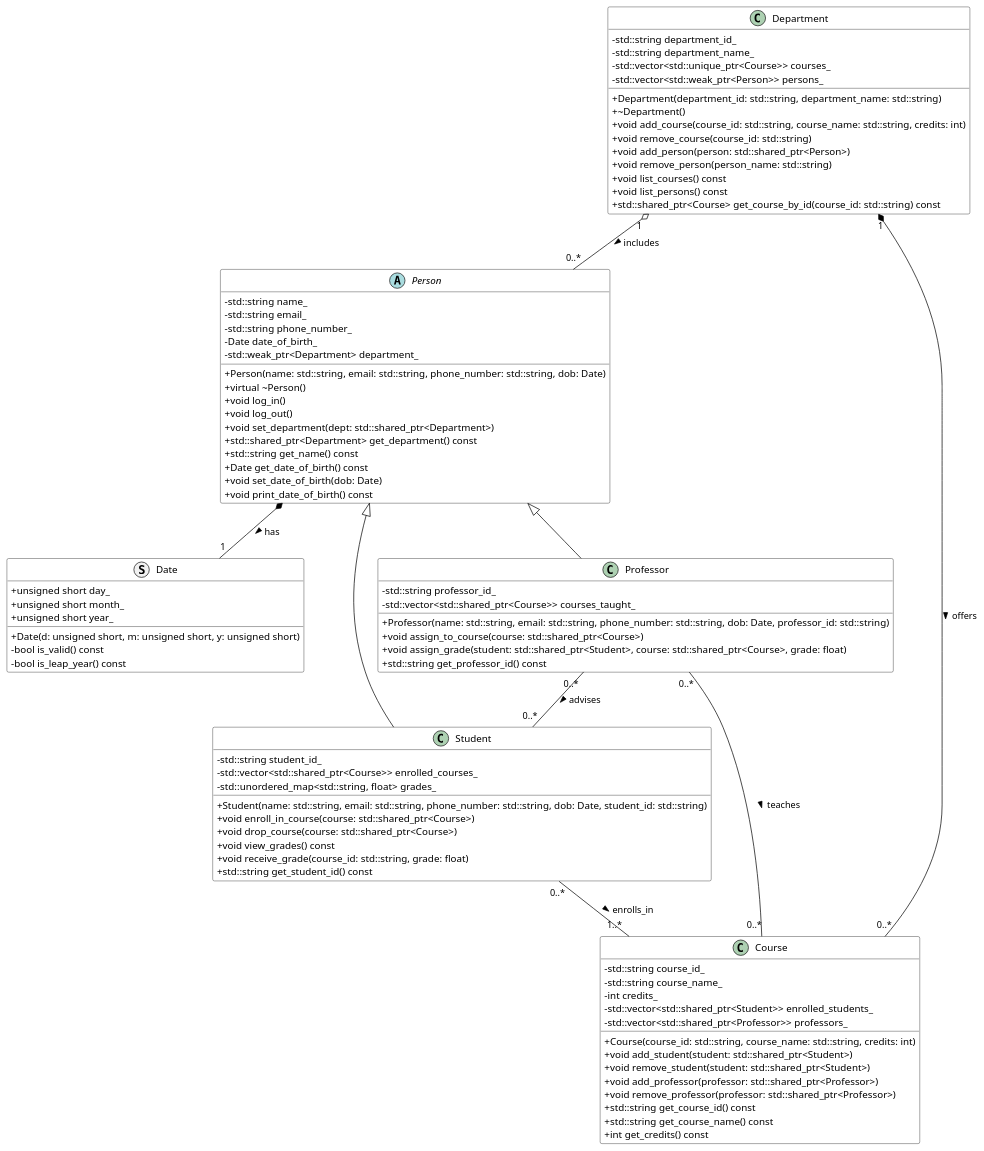
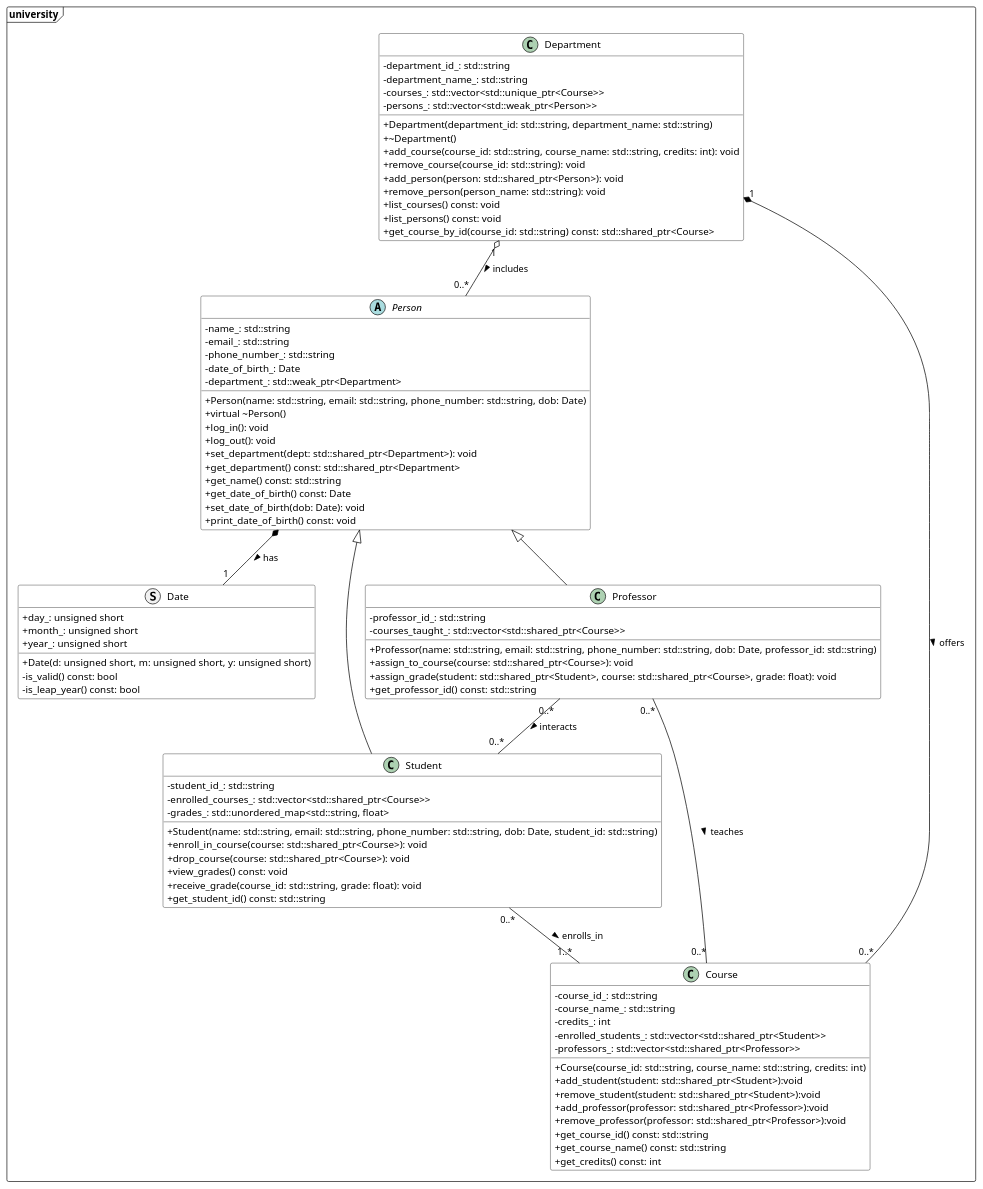
The diagram in lecture7/diagrams/university_class_diagram.wsd (rahulk-99/enpm702_fall2024), drawn with PlantUML before and after one commit. The commit also changed 3 other files, not shown here.

Commit message:
Final class diagram

```diff
--- a/lecture7/diagrams/university_class_diagram.wsd
+++ b/lecture7/diagrams/university_class_diagram.wsd
@@ -1,106 +1,108 @@
 @startuml
 
 skinparam classAttributeIconSize 0
 skinparam class {
     BackgroundColor White
     ArrowColor Black
     BorderColor Black
 }
 
+Package university <<Frame>>{
+
 ' Struct Date
 struct Date {
-    + unsigned short day_
-    + unsigned short month_
-    + unsigned short year_
+    +  day_: unsigned short
+    + month_: unsigned short
+    + year_: unsigned short
     + Date(d: unsigned short, m: unsigned short, y: unsigned short)
-    - bool is_valid() const
-    - bool is_leap_year() const
+    - is_valid() const: bool
+    - is_leap_year() const: bool
 }
 
 ' Classes
 abstract class Person {
-    - std::string name_
-    - std::string email_
-    - std::string phone_number_
-    - Date date_of_birth_
-    - std::weak_ptr<Department> department_
+    - name_: std::string  
+    - email_: std::string
+    - phone_number_: std::string
+    - date_of_birth_: Date
+    - department_: std::weak_ptr<Department> 
     + Person(name: std::string, email: std::string, phone_number: std::string, dob: Date)
     + virtual ~Person()
-    + void log_in()
-    + void log_out()
-    + void set_department(dept: std::shared_ptr<Department>)
-    + std::shared_ptr<Department> get_department() const
-    + std::string get_name() const
-    + Date get_date_of_birth() const
-    + void set_date_of_birth(dob: Date)
-    + void print_date_of_birth() const
+    + log_in(): void
+    + log_out(): void
+    + set_department(dept: std::shared_ptr<Department>): void
+    + get_department() const: std::shared_ptr<Department>
+    + get_name() const: std::string 
+    + get_date_of_birth() const: Date 
+    + set_date_of_birth(dob: Date): void
+    + print_date_of_birth() const: void
 }
 
 class Department {
-    - std::string department_id_
-    - std::string department_name_
-    - std::vector<std::unique_ptr<Course>> courses_
-    - std::vector<std::weak_ptr<Person>> persons_
+    - department_id_: std::string 
+    - department_name_: std::string 
+    - courses_: std::vector<std::unique_ptr<Course>>
+    - persons_: std::vector<std::weak_ptr<Person>>
     + Department(department_id: std::string, department_name: std::string)
     + ~Department()
-    + void add_course(course_id: std::string, course_name: std::string, credits: int)
-    + void remove_course(course_id: std::string)
-    + void add_person(person: std::shared_ptr<Person>)
-    + void remove_person(person_name: std::string)
-    + void list_courses() const
-    + void list_persons() const
-    + std::shared_ptr<Course> get_course_by_id(course_id: std::string) const
+    + add_course(course_id: std::string, course_name: std::string, credits: int): void
+    + remove_course(course_id: std::string): void
+    + add_person(person: std::shared_ptr<Person>): void
+    + remove_person(person_name: std::string): void
+    + list_courses() const: void
+    + list_persons() const: void
+    +  get_course_by_id(course_id: std::string) const: std::shared_ptr<Course>
 }
 
 class Student extends Person {
-    - std::string student_id_
-    - std::vector<std::shared_ptr<Course>> enrolled_courses_
-    - std::unordered_map<std::string, float> grades_
+    - student_id_: std::string 
+    - enrolled_courses_: std::vector<std::shared_ptr<Course>>
+    - grades_: std::unordered_map<std::string, float>
     + Student(name: std::string, email: std::string, phone_number: std::string, dob: Date, student_id: std::string)
-    + void enroll_in_course(course: std::shared_ptr<Course>)
-    + void drop_course(course: std::shared_ptr<Course>)
-    + void view_grades() const
-    + void receive_grade(course_id: std::string, grade: float)
-    + std::string get_student_id() const
+    + enroll_in_course(course: std::shared_ptr<Course>): void
+    + drop_course(course: std::shared_ptr<Course>): void
+    + view_grades() const: void
+    + receive_grade(course_id: std::string, grade: float): void
+    +  get_student_id() const: std::string
 }
 
 class Professor extends Person {
-    - std::string professor_id_
-    - std::vector<std::shared_ptr<Course>> courses_taught_
+    -  professor_id_: std::string
+    -  courses_taught_: std::vector<std::shared_ptr<Course>>
     + Professor(name: std::string, email: std::string, phone_number: std::string, dob: Date, professor_id: std::string)
-    + void assign_to_course(course: std::shared_ptr<Course>)
-    + void assign_grade(student: std::shared_ptr<Student>, course: std::shared_ptr<Course>, grade: float)
-    + std::string get_professor_id() const
+    +  assign_to_course(course: std::shared_ptr<Course>): void
+    +  assign_grade(student: std::shared_ptr<Student>, course: std::shared_ptr<Course>, grade: float): void
+    +  get_professor_id() const: std::string
 }
 
 class Course {
-    - std::string course_id_
-    - std::string course_name_
-    - int credits_
-    - std::vector<std::shared_ptr<Student>> enrolled_students_
-    - std::vector<std::shared_ptr<Professor>> professors_
+    -  course_id_: std::string
+    - course_name_: std::string
+    - credits_: int
+    -  enrolled_students_: std::vector<std::shared_ptr<Student>>
+    -  professors_: std::vector<std::shared_ptr<Professor>>
     + Course(course_id: std::string, course_name: std::string, credits: int)
-    + void add_student(student: std::shared_ptr<Student>)
-    + void remove_student(student: std::shared_ptr<Student>)
-    + void add_professor(professor: std::shared_ptr<Professor>)
-    + void remove_professor(professor: std::shared_ptr<Professor>)
-    + std::string get_course_id() const
-    + std::string get_course_name() const
-    + int get_credits() const
+    + add_student(student: std::shared_ptr<Student>):void 
+    + remove_student(student: std::shared_ptr<Student>):void 
+    + add_professor(professor: std::shared_ptr<Professor>):void 
+    + remove_professor(professor: std::shared_ptr<Professor>):void 
+    +  get_course_id() const: std::string
+    +  get_course_name() const: std::string
+    + get_credits() const: int
 }
 
 ' Inheritance Relationships
 ' Person <|-- Student
 ' Person <|-- Professor
 
 ' Composition Relationships
 Person *-- "1" Date : has >
 Department "1" *-- "0..*" Course : offers >
 Department "1" o-- "0..*" Person : includes >
 
 ' Associations
 Student "0..*" -- "1..*" Course : enrolls_in >
 Professor "0..*" -- "0..*" Course : teaches >
-Professor "0..*" -- "0..*" Student : advises >
-
+Professor "0..*" -- "0..*" Student : interacts >
+}
 @enduml
```
